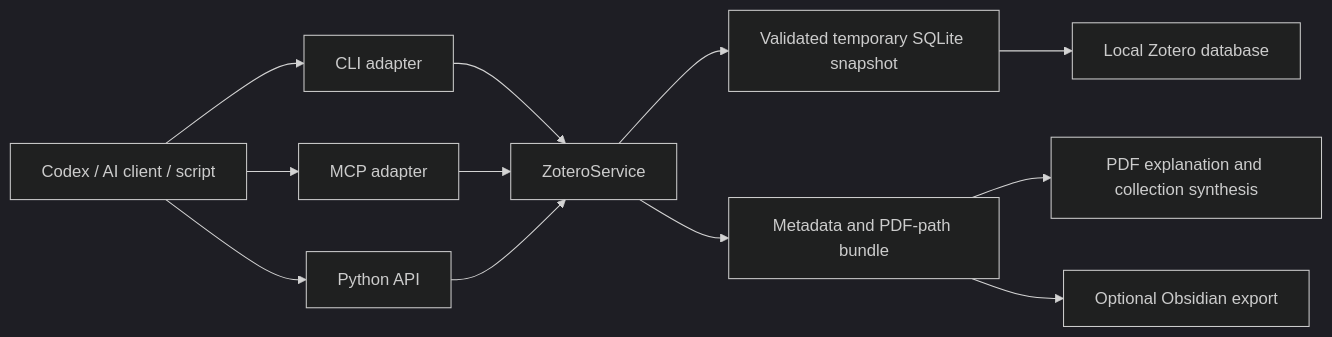
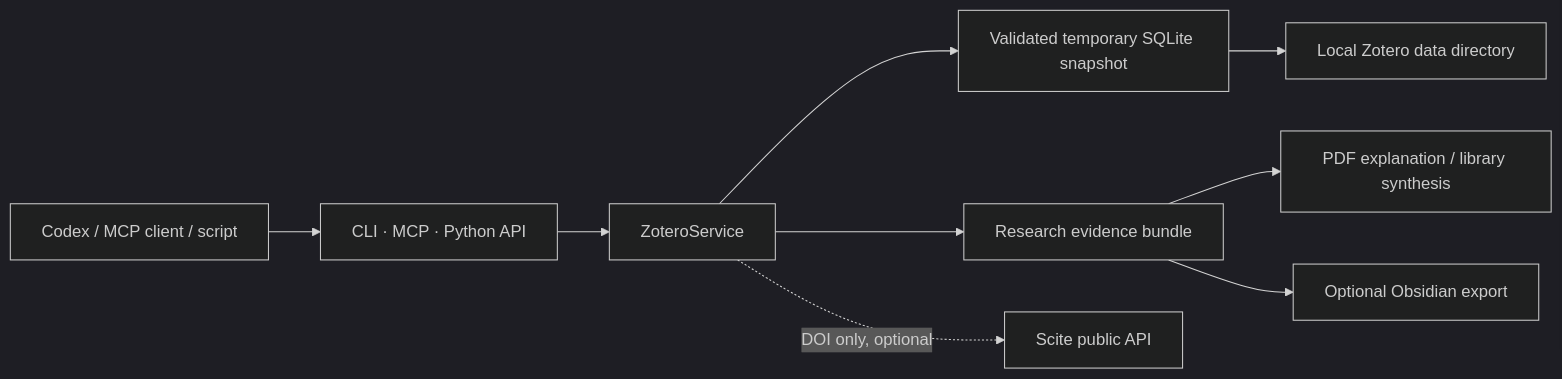
The diagram in README.md (CollinKe05/zotero-library-reader), drawn with Mermaid (dark theme) before and after one commit. The commit also changed other lines of this file and 13 other files, not shown here.

First line of the commit message:
Add local research evidence tools (#1)

````diff
--- a/README.md
+++ b/README.md
@@ -23,14 +40,11 @@
 ```mermaid
 flowchart LR
-    A["Codex / AI client / script"] --> B["CLI adapter"]
-    A --> C["MCP adapter"]
-    A --> D["Python API"]
-    B --> E["ZoteroService"]
-    C --> E
-    D --> E
-    E --> F["Validated temporary SQLite snapshot"]
-    F --> G["Local Zotero database"]
-    E --> H["Metadata and PDF-path bundle"]
-    H --> I["PDF explanation and collection synthesis"]
-    H --> J["Optional Obsidian export"]
+    A["Codex / MCP client / script"] --> B["CLI · MCP · Python API"]
+    B --> C["ZoteroService"]
+    C --> D["Validated temporary SQLite snapshot"]
+    D --> E["Local Zotero data directory"]
+    C --> F["Research evidence bundle"]
+    F --> G["PDF explanation / library synthesis"]
+    F --> H["Optional Obsidian export"]
+    C -. "DOI only, optional" .-> I["Scite public API"]
 ```
````
